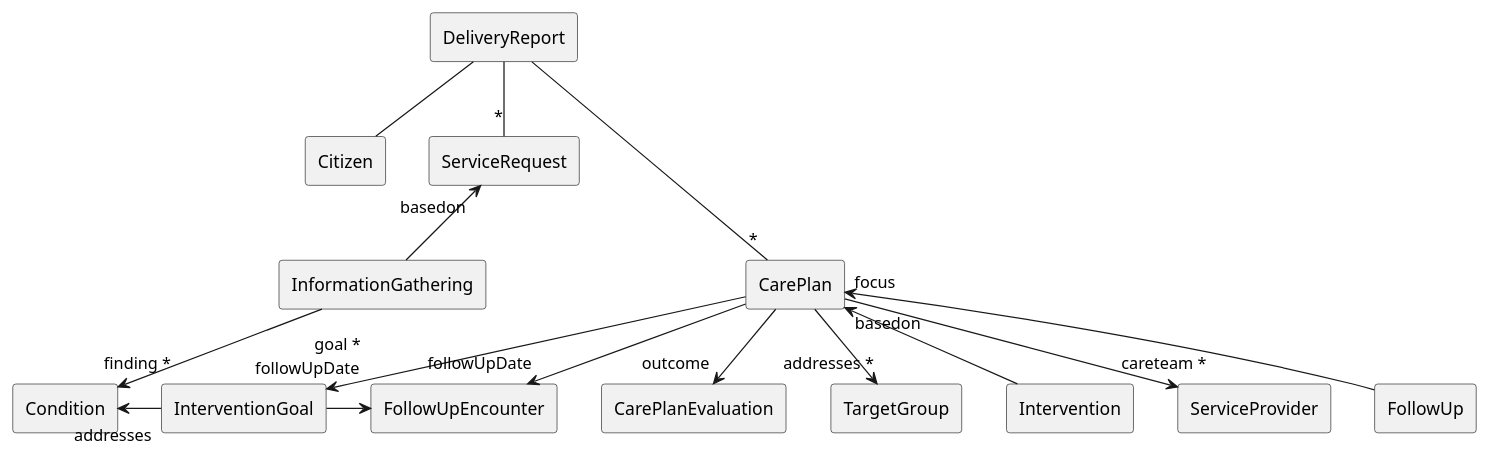
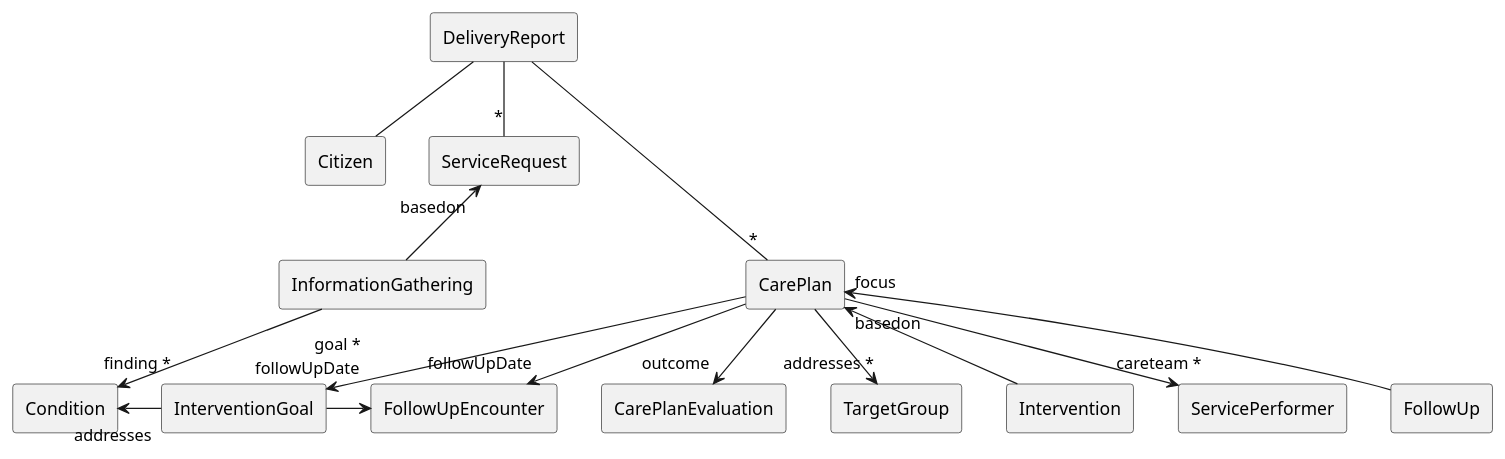
Before and after one commit to hl7dk/kl-ffb-reporting: the diagram in input/images-sources/KLReportingFFBDeliveryReport.plantuml, drawn with PlantUML. The commit also changed 13 other files, not shown here.

```diff
--- a/input/images-sources/KLReportingFFBDeliveryReport.plantuml
+++ b/input/images-sources/KLReportingFFBDeliveryReport.plantuml
@@ -1,43 +1,43 @@
 @startuml DeliveryReport
 'left to right direction
 
 rectangle "DeliveryReport" as report
 
 rectangle "Citizen" as citizen
 rectangle "ServiceRequest" as request
 
 rectangle "InformationGathering" as information
 rectangle "Condition" as condition
 
 rectangle "CarePlan" as careplan
 
 rectangle "CarePlanEvaluation" as careplanevaluation
 rectangle "InterventionGoal" as goal
 
 rectangle "TargetGroup" as targetgroup
 
 rectangle "Intervention" as intervention
-rectangle "ServiceProvider" as provider
+rectangle "ServicePerformer" as provider
 
 rectangle "FollowUp" as followup
 
 rectangle "FollowUpEncounter" as encounter
 
 report -- citizen
 report --"*" request
 report --"*" careplan
 
 information -->"finding *" condition
 
 request "basedon"<-- information
 careplan -->"goal *\n" goal
 careplan -->"outcome" careplanevaluation
 careplan -->"addresses *" targetgroup
 careplan "basedon"<-- intervention
 careplan -->"careteam *" provider
 careplan "focus"<-- followup
 condition "addresses"<- goal
 
 careplan -->"followUpDate" encounter
 goal ->"followUpDate" encounter
 @enduml
```
